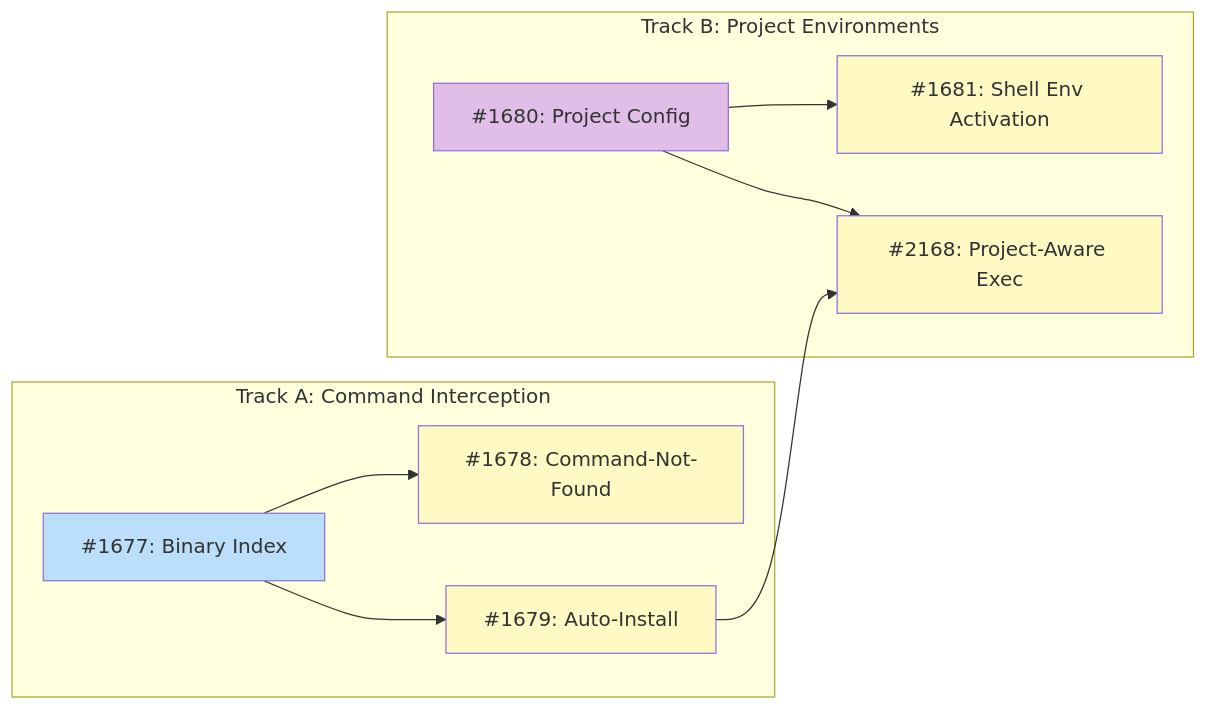
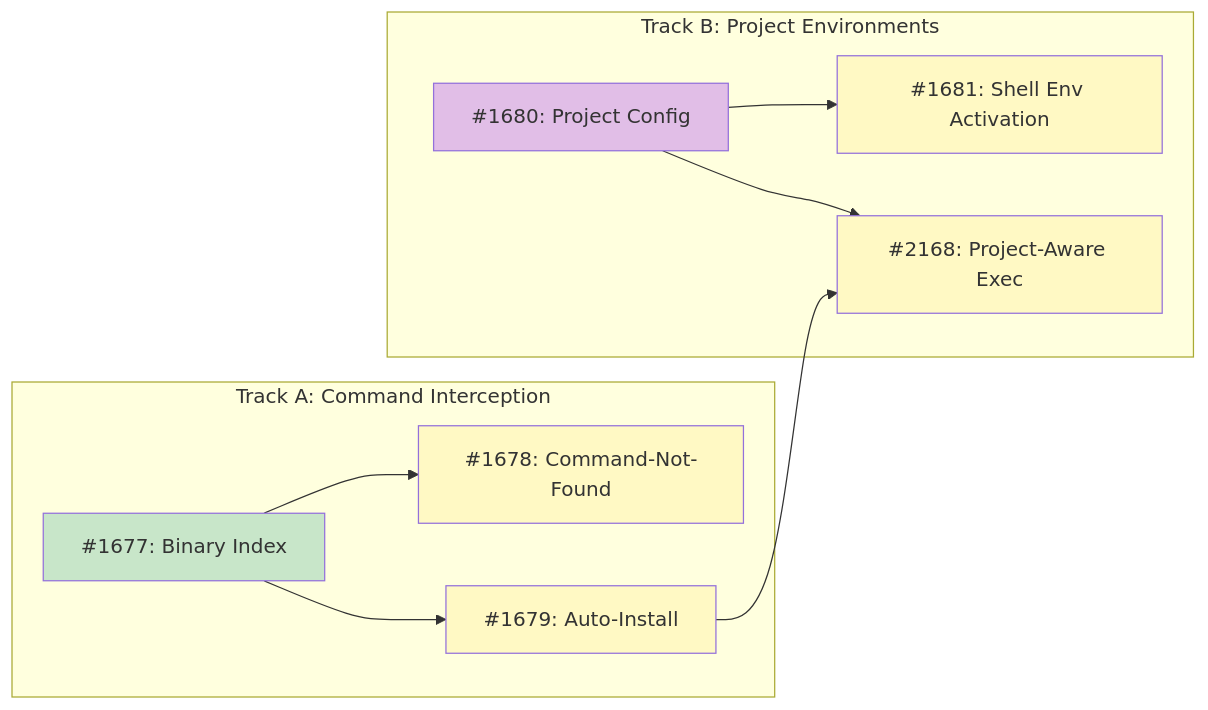
One commit to tsukumogami/tsuku changed the diagram in docs/designs/DESIGN-shell-integration-building-blocks.md. Above: the diagram before and after it, drawn with Mermaid. The commit also changed other lines of this file, not shown here.

Commit message:
chore(docs): mark issue 1677 complete in shell-integration design doc

````diff
--- a/docs/designs/DESIGN-shell-integration-building-blocks.md
+++ b/docs/designs/DESIGN-shell-integration-building-blocks.md
@@ -38,29 +38,29 @@
 ```mermaid
 graph LR
     subgraph TrackA["Track A: Command Interception"]
         I1677["#1677: Binary Index"]
         I1678["#1678: Command-Not-Found"]
         I1679["#1679: Auto-Install"]
     end
 
     subgraph TrackB["Track B: Project Environments"]
         I1680["#1680: Project Config"]
         I1681["#1681: Shell Env Activation"]
         I2168["#2168: Project-Aware Exec"]
     end
 
     I1677 --> I1678
     I1677 --> I1679
     I1680 --> I1681
     I1679 --> I2168
     I1680 --> I2168
 
     classDef done fill:#c8e6c9
     classDef ready fill:#bbdefb
     classDef blocked fill:#fff9c4
     classDef needsDesign fill:#e1bee7
 
-    class I1677 ready
+    class I1677 done
     class I1680 needsDesign
     class I1678,I1679,I1681,I2168 blocked
 ```
````
